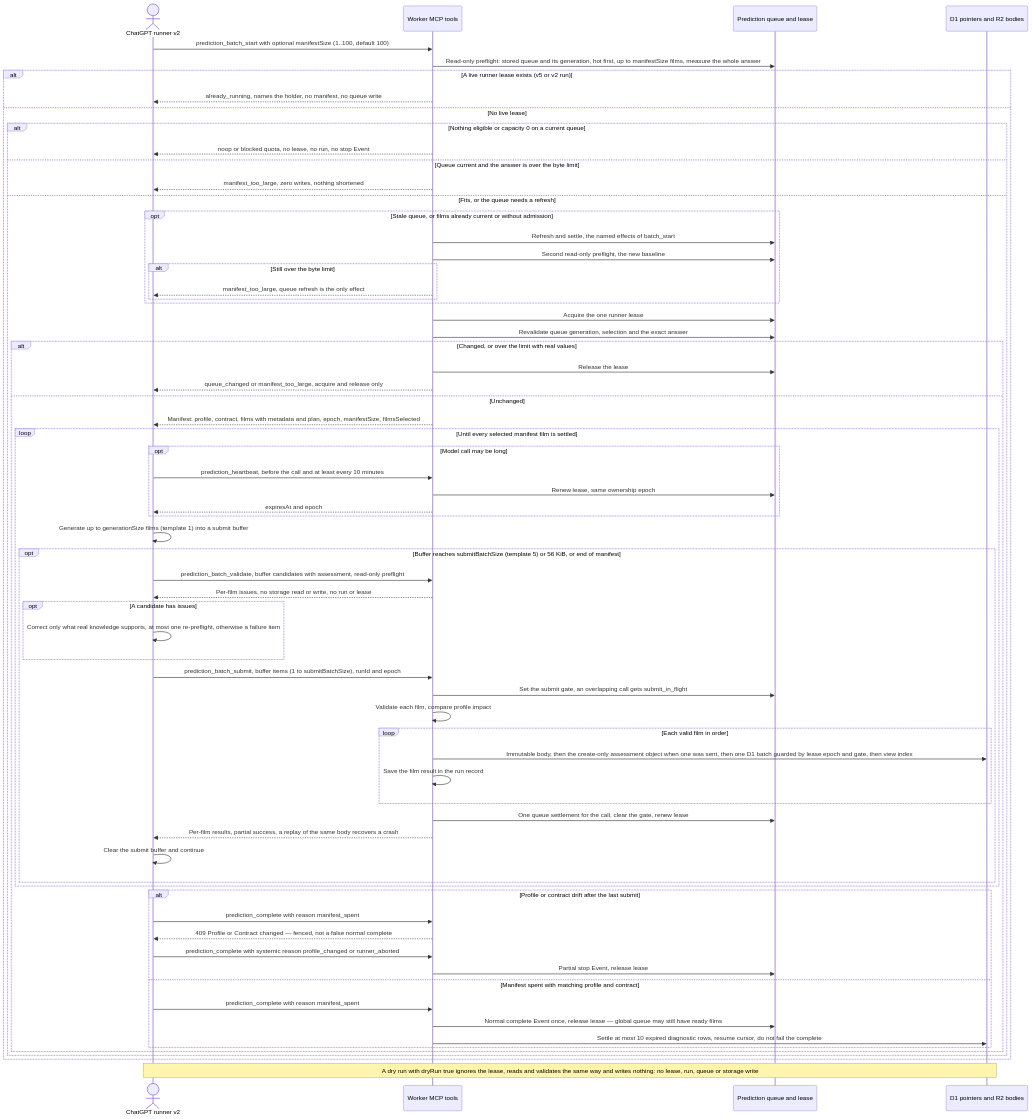
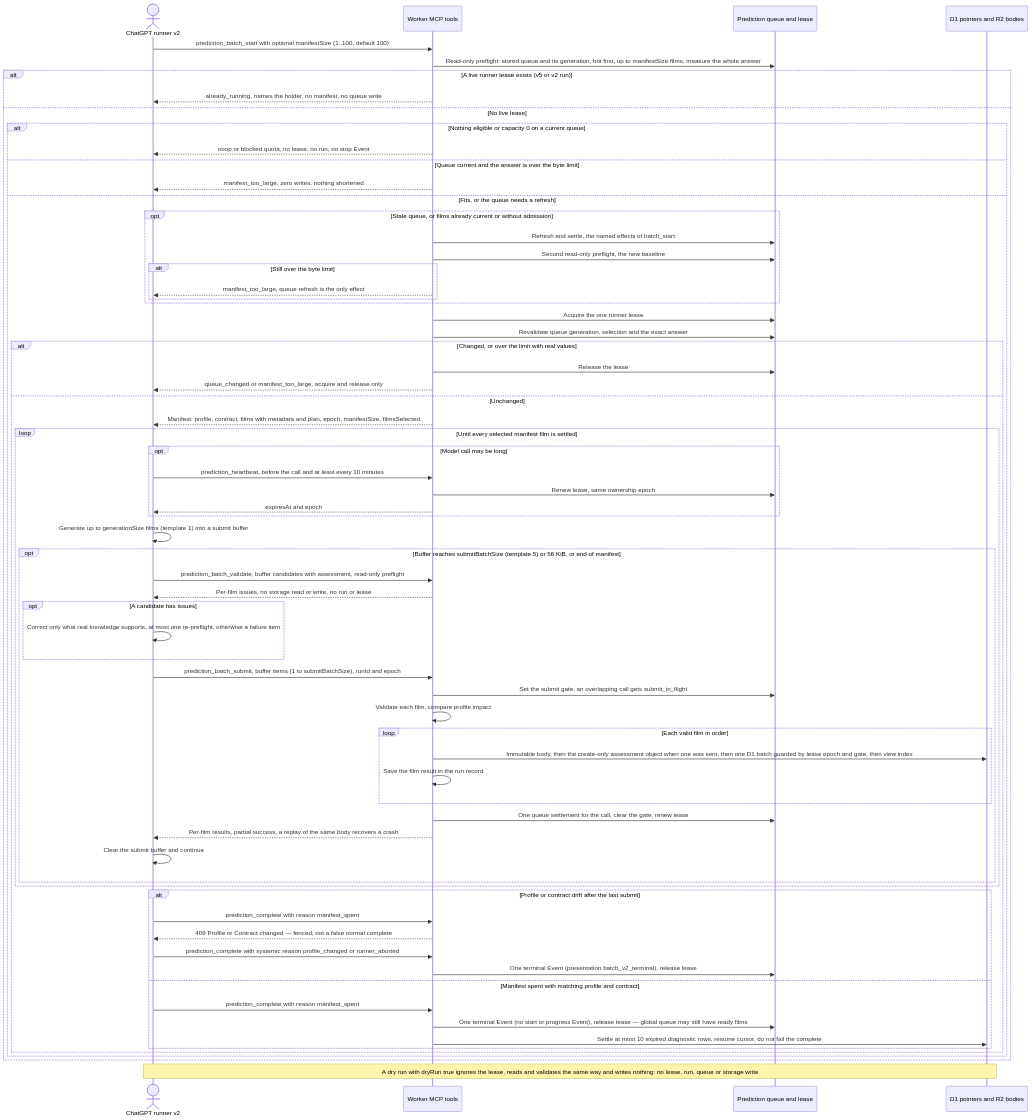
The second of 3 diagrams in docs/architecture/prediction-pipeline.md (vladimino/iptv-watchlist), drawn with Mermaid before and after one commit. The commit also changed other lines of this file and 13 other files, not shown here.

First line of the commit message:
feat(AIR-491): one terminal Events card for batch v2 prediction runs

````diff
--- a/docs/architecture/prediction-pipeline.md
+++ b/docs/architecture/prediction-pipeline.md
@@ -69,70 +69,70 @@
 ```mermaid
 sequenceDiagram
     actor Client as ChatGPT runner v2
     participant MCP as Worker MCP tools
     participant Queue as Prediction queue and lease
     participant Store as D1 pointers and R2 bodies
     Client->>MCP: prediction_batch_start with optional manifestSize (1..100, default 100)
     MCP->>Queue: Read-only preflight: stored queue and its generation, hot first, up to manifestSize films, measure the whole answer
     alt A live runner lease exists (v5 or v2 run)
         MCP-->>Client: already_running, names the holder, no manifest, no queue write
     else No live lease
         alt Nothing eligible or capacity 0 on a current queue
             MCP-->>Client: noop or blocked quota, no lease, no run, no stop Event
         else Queue current and the answer is over the byte limit
             MCP-->>Client: manifest_too_large, zero writes, nothing shortened
         else Fits, or the queue needs a refresh
             opt Stale queue, or films already current or without admission
                 MCP->>Queue: Refresh and settle, the named effects of batch_start
                 MCP->>Queue: Second read-only preflight, the new baseline
                 alt Still over the byte limit
                     MCP-->>Client: manifest_too_large, queue refresh is the only effect
                 end
             end
             MCP->>Queue: Acquire the one runner lease
             MCP->>Queue: Revalidate queue generation, selection and the exact answer
             alt Changed, or over the limit with real values
                 MCP->>Queue: Release the lease
                 MCP-->>Client: queue_changed or manifest_too_large, acquire and release only
             else Unchanged
                 MCP-->>Client: Manifest: profile, contract, films with metadata and plan, epoch, manifestSize, filmsSelected
                 loop Until every selected manifest film is settled
                     opt Model call may be long
                         Client->>MCP: prediction_heartbeat, before the call and at least every 10 minutes
                         MCP->>Queue: Renew lease, same ownership epoch
                         MCP-->>Client: expiresAt and epoch
                     end
                     Client->>Client: Generate up to generationSize films (template 1) into a submit buffer
                     opt Buffer reaches submitBatchSize (template 5) or 56 KiB, or end of manifest
                         Client->>MCP: prediction_batch_validate, buffer candidates with assessment, read-only preflight
                         MCP-->>Client: Per-film issues, no storage read or write, no run or lease
                         opt A candidate has issues
                             Client->>Client: Correct only what real knowledge supports, at most one re-preflight, otherwise a failure item
                         end
                         Client->>MCP: prediction_batch_submit, buffer items (1 to submitBatchSize), runId and epoch
                         MCP->>Queue: Set the submit gate, an overlapping call gets submit_in_flight
                         MCP->>MCP: Validate each film, compare profile impact
                         loop Each valid film in order
                             MCP->>Store: Immutable body, then the create-only assessment object when one was sent, then one D1 batch guarded by lease epoch and gate, then view index
                             MCP->>MCP: Save the film result in the run record
                         end
                         MCP->>Queue: One queue settlement for the call, clear the gate, renew lease
                         MCP-->>Client: Per-film results, partial success, a replay of the same body recovers a crash
                         Client->>Client: Clear the submit buffer and continue
                     end
                 end
                 alt Profile or contract drift after the last submit
                     Client->>MCP: prediction_complete with reason manifest_spent
                     MCP-->>Client: 409 Profile or Contract changed — fenced, not a false normal complete
                     Client->>MCP: prediction_complete with systemic reason profile_changed or runner_aborted
-                    MCP->>Queue: Partial stop Event, release lease
+                    MCP->>Queue: One terminal Event (presentation batch_v2_terminal), release lease
                 else Manifest spent with matching profile and contract
                     Client->>MCP: prediction_complete with reason manifest_spent
-                    MCP->>Queue: Normal complete Event once, release lease — global queue may still have ready films
+                    MCP->>Queue: One terminal Event (no start or progress Event), release lease — global queue may still have ready films
                     MCP->>Store: Settle at most 10 expired diagnostic rows, resume cursor, do not fail the complete
                 end
             end
         end
     end
     Note over Client,Store: A dry run with dryRun true ignores the lease, reads and validates the same way and writes nothing: no lease, run, queue or storage write
 ```
````
